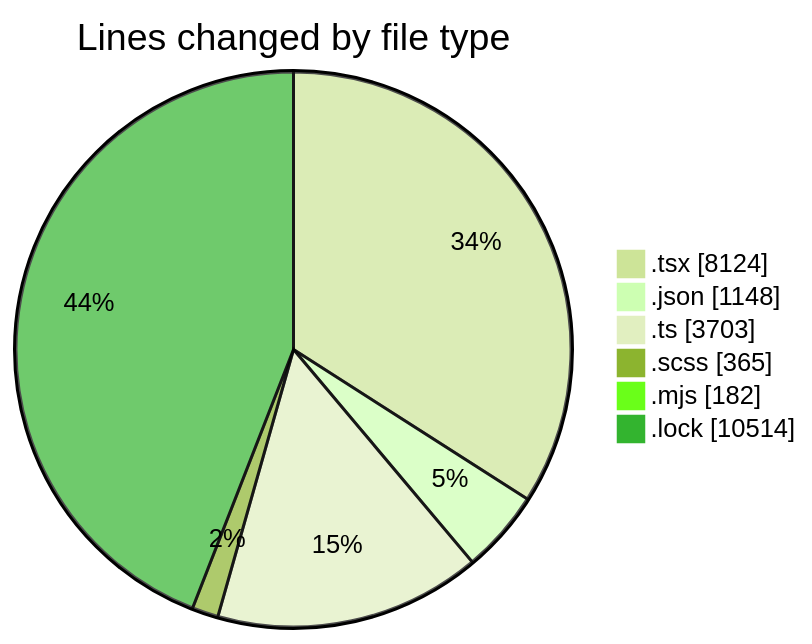
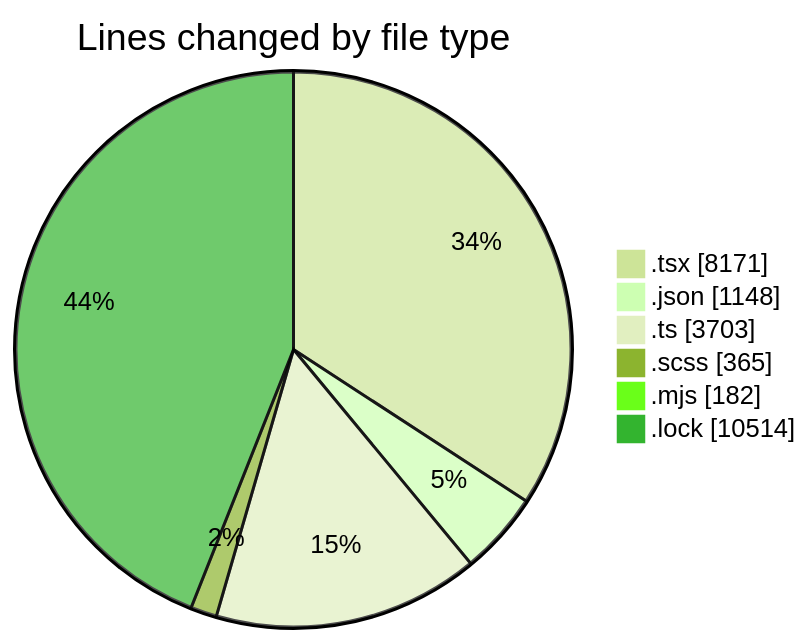
Before and after one commit to momahboobian/code-tracking: the first of 2 diagrams in 2026-05-12/cda/README.md, drawn with Mermaid (forest theme). The commit also changed other lines of this file and 1 other file, not shown here.

````diff
--- a/2026-05-12/cda/README.md
+++ b/2026-05-12/cda/README.md
@@ -52,10 +52,10 @@
 ```mermaid
 pie showData
 title Lines changed by file type
-".tsx" : 8124
+".tsx" : 8171
 ".json" : 1148
 ".ts" : 3703
 ".scss" : 365
 ".mjs" : 182
 ".lock" : 10514
 ```
````
